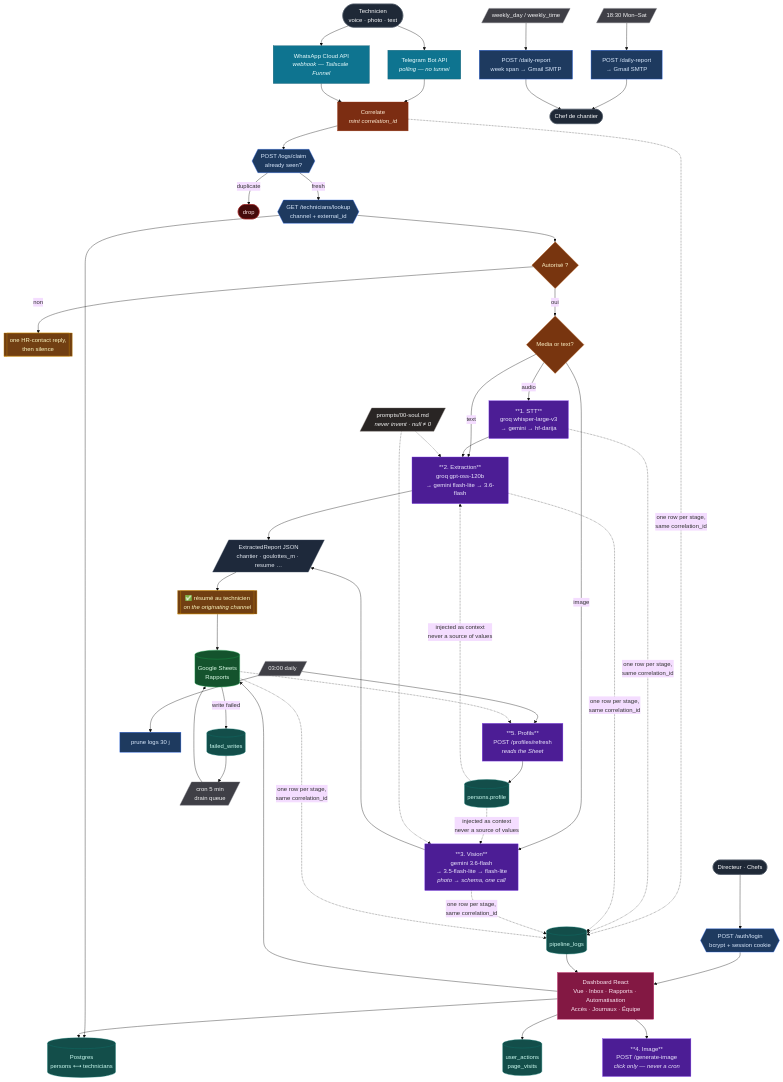
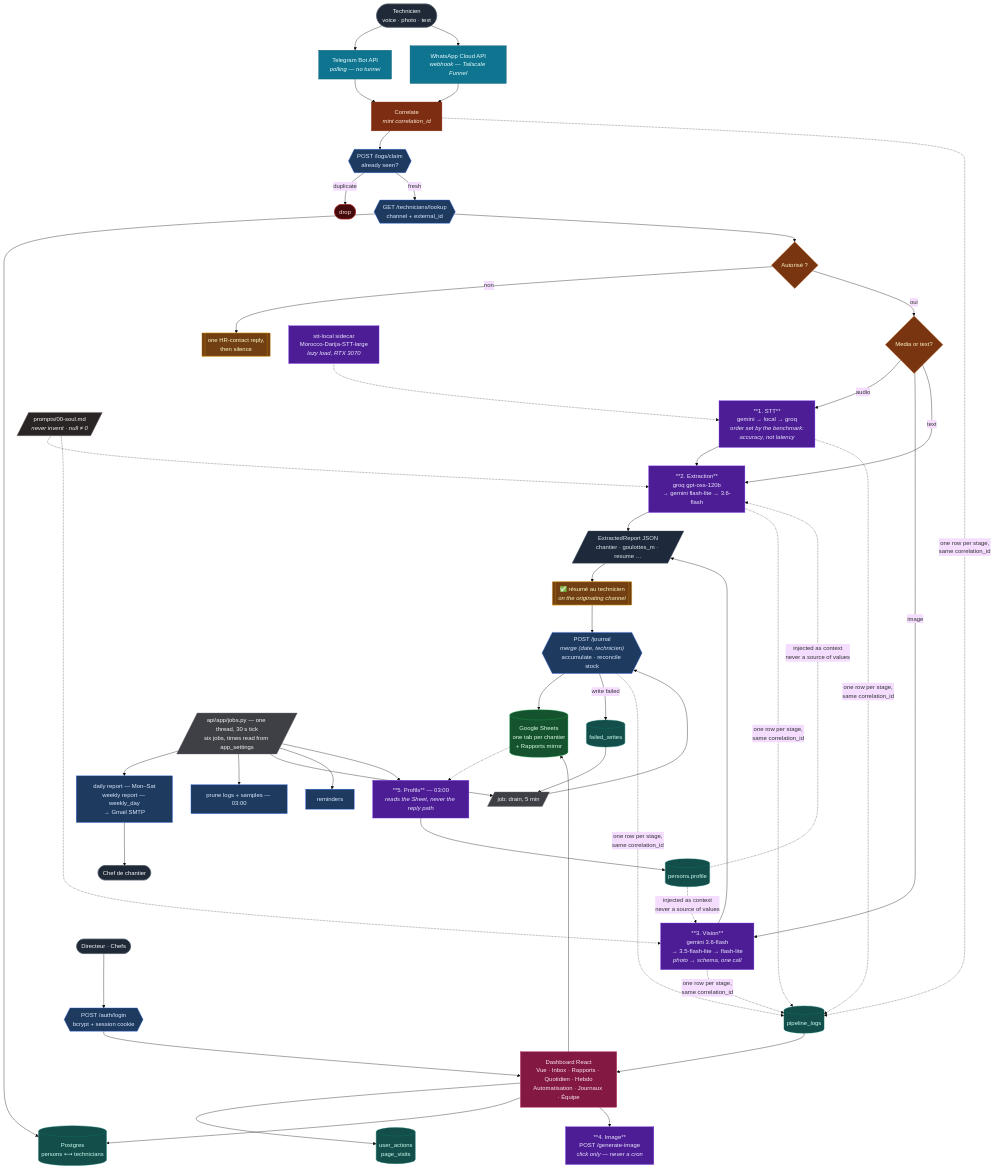
The diagram in README.md (yassine808/PFE-aznet), drawn with Mermaid (base theme) before and after one commit. The commit also changed other lines of this file and 2 other files, not shown here.

````diff
--- a/README.md
+++ b/README.md
@@ -11,70 +11,74 @@
 ```mermaid
 flowchart TB
     %% ── Reception ────────────────────────────────────────────────
     TECH([Technicien<br/>voice · photo · text]):::actor
     TG[Telegram Bot API<br/><i>polling — no tunnel</i>]:::chan
     WA[WhatsApp Cloud API<br/><i>webhook — Tailscale Funnel</i>]:::chan
     TECH --> TG & WA
 
     %% ── Access control ───────────────────────────────────────────
     TG & WA --> CORR[Correlate<br/><i>mint correlation_id</i>]:::n8n
     CORR --> CLAIM{{"POST /logs/claim<br/>already seen?"}}:::api
     CLAIM -- duplicate --> STOP([drop]):::stop
     CLAIM -- fresh --> LOOKUP{{"GET /technicians/lookup<br/>channel + external_id"}}:::api
     LOOKUP --> DB[(Postgres<br/>persons ⟷ technicians)]:::db
     LOOKUP --> AUTHZ{Autorisé ?}:::dec
     AUTHZ -- non --> HR[["one HR-contact reply,<br/>then silence"]]:::reply
     AUTHZ -- oui --> KIND{Media or text?}:::dec
 
     %% ── The five models (4 and 5 fire outside this path) ─────────
-    KIND -- audio --> STT["**1. STT**<br/>groq whisper-large-v3<br/>→ gemini → hf-darija"]:::ai
+    KIND -- audio --> STT["**1. STT**<br/>gemini → local → groq<br/><i>order set by the benchmark:<br/>accuracy, not latency</i>"]:::ai
+    GPU["stt-local sidecar<br/>Morocco-Darija-STT-large<br/><i>lazy load, RTX 3070</i>"]:::ai -.-> STT
     KIND -- image --> VIS["**3. Vision**<br/>gemini 3.6-flash<br/>→ 3.5-flash-lite → flash-lite<br/><i>photo → schema, one call</i>"]:::ai
     KIND -- text --> TXT["**2. Extraction**<br/>groq gpt-oss-120b<br/>→ gemini flash-lite → 3.6-flash"]:::ai
     STT --> TXT
 
     PROF[(persons.profile)]:::db -. "injected as context<br/>never a source of values" .-> TXT & VIS
     SOUL[/"prompts/00-soul.md<br/><i>never invent · null ≠ 0</i>"/]:::prompt -.-> TXT & VIS
 
     TXT & VIS --> JSON[/"ExtractedReport JSON<br/>chantier · goulottes_m · resume …"/]:::data
 
     %% ── Reply first, then the Sheet ──────────────────────────────
     JSON --> REPLY[["✅ résumé au technicien<br/><i>on the originating channel</i>"]]:::reply
-    REPLY --> SHEET[(Google Sheets<br/>Rapports)]:::sheet
-    SHEET -- write failed --> QUEUE[(failed_writes)]:::db
-    QUEUE --> RETRY[/"cron 5 min<br/>drain queue"/]:::cron
-    RETRY --> SHEET
+    REPLY --> JOURNAL{{"POST /journal<br/><i>merge (date, technicien)</i><br/>accumulate · reconcile stock"}}:::api
+    JOURNAL --> SHEET[(Google Sheets<br/>one tab per chantier<br/>+ Rapports mirror)]:::sheet
+    JOURNAL -- write failed --> QUEUE[(failed_writes)]:::db
+    QUEUE --> RETRY[/"job: drain, 5 min"/]:::cron
+    RETRY --> JOURNAL
 
     %% ── Scheduled jobs ───────────────────────────────────────────
-    C1[/"18:30 Mon–Sat"/]:::cron --> MAIL["POST /daily-report<br/>→ Gmail SMTP"]:::api
-    C3[/"weekly_day / weekly_time"/]:::cron --> MAIL2["POST /daily-report<br/>week span → Gmail SMTP"]:::api
-    C2[/"03:00 daily"/]:::cron --> PRUNE[prune logs 30 j]:::api
-    C2 --> REFRESH["**5. Profils**<br/>POST /profiles/refresh<br/><i>reads the Sheet</i>"]:::ai
+    SCHED[/"api/app/jobs.py — one thread, 30 s tick<br/>six jobs, times read from app_settings"/]:::cron
+    SCHED --> MAIL["daily report — Mon–Sat<br/>weekly report — weekly_day<br/>→ Gmail SMTP"]:::api
+    SCHED --> PRUNE["prune logs + samples — 03:00"]:::api
+    SCHED --> RETRY
+    SCHED --> REMIND[reminders]:::api
+    SCHED --> REFRESH["**5. Profils** — 03:00<br/><i>reads the Sheet, never the reply path</i>"]:::ai
     SHEET -.-> REFRESH --> PROF
-    MAIL & MAIL2 --> BOSS([Chef de chantier]):::actor
+    MAIL --> BOSS([Chef de chantier]):::actor
 
     %% ── Dashboard ────────────────────────────────────────────────
     ADMIN([Directeur · Chefs]):::actor --> LOGIN{{"POST /auth/login<br/>bcrypt + session cookie"}}:::api
-    LOGIN --> DASH[Dashboard React<br/>Vue · Inbox · Rapports · Automatisation<br/>Accès · Journaux · Équipe]:::ui
+    LOGIN --> DASH[Dashboard React<br/>Vue · Inbox · Rapports · Quotidien · Hebdo<br/>Automatisation · Journaux · Équipe]:::ui
     DASH --> AUDIT[(user_actions<br/>page_visits)]:::db
     DASH --> SHEET & DB
     DASH --> IMG["**4. Image**<br/>POST /generate-image<br/><i>click only — never a cron</i>"]:::ai
 
     %% ── Logging spine ────────────────────────────────────────────
-    CORR & STT & TXT & VIS & SHEET -. "one row per stage,<br/>same correlation_id" .-> LOGS[(pipeline_logs)]:::db
+    CORR & STT & TXT & VIS & JOURNAL -. "one row per stage,<br/>same correlation_id" .-> LOGS[(pipeline_logs)]:::db
     LOGS --> DASH
 
     classDef actor  fill:#1f2937,stroke:#4b5563,color:#f9fafb
     classDef chan   fill:#0e7490,stroke:#155e75,color:#ecfeff
     classDef n8n    fill:#7c2d12,stroke:#9a3412,color:#ffedd5
     classDef api    fill:#1e3a5f,stroke:#2563eb,color:#dbeafe
     classDef ai     fill:#4c1d95,stroke:#7c3aed,color:#ede9fe
     classDef db     fill:#134e4a,stroke:#0f766e,color:#ccfbf1
     classDef sheet  fill:#14532d,stroke:#16a34a,color:#dcfce7
     classDef reply  fill:#713f12,stroke:#ca8a04,color:#fef9c3
     classDef cron   fill:#3f3f46,stroke:#71717a,color:#f4f4f5
     classDef ui     fill:#831843,stroke:#be185d,color:#fce7f3
     classDef data   fill:#1e293b,stroke:#475569,color:#e2e8f0
     classDef prompt fill:#292524,stroke:#78716c,color:#f5f5f4
     classDef dec    fill:#78350f,stroke:#b45309,color:#fef3c7
     classDef stop   fill:#450a0a,stroke:#991b1b,color:#fee2e2
 ```
````
